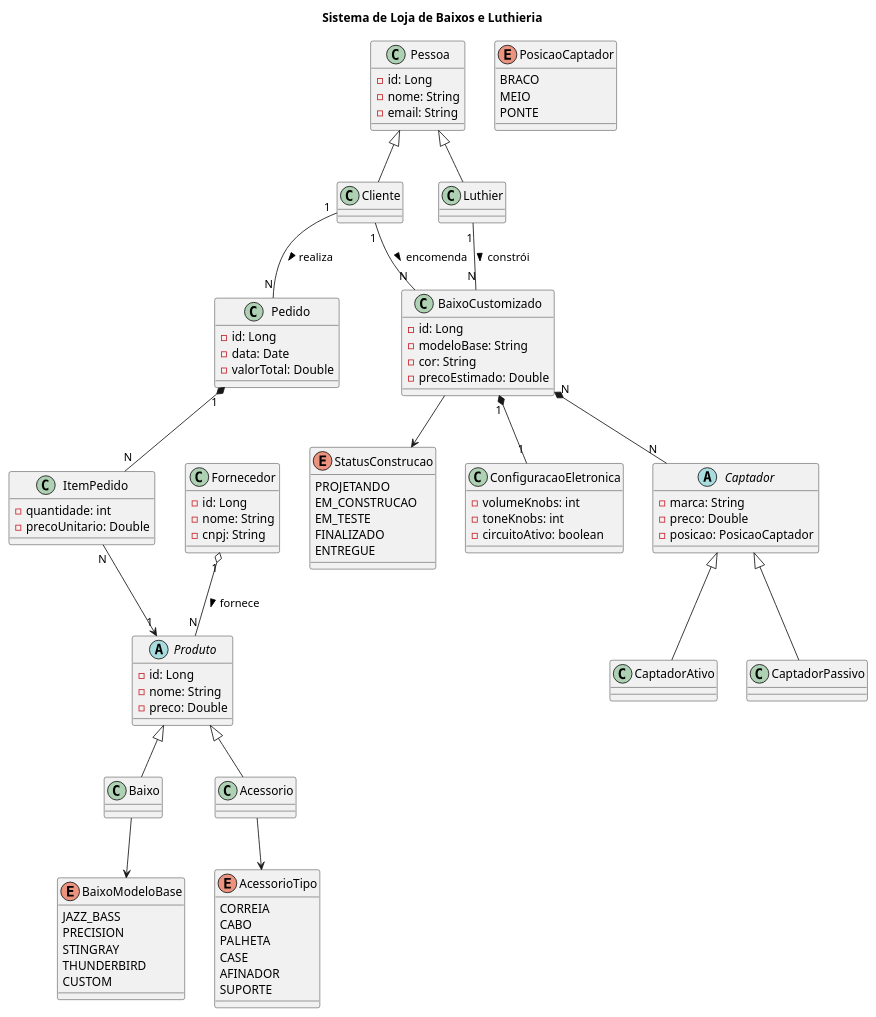
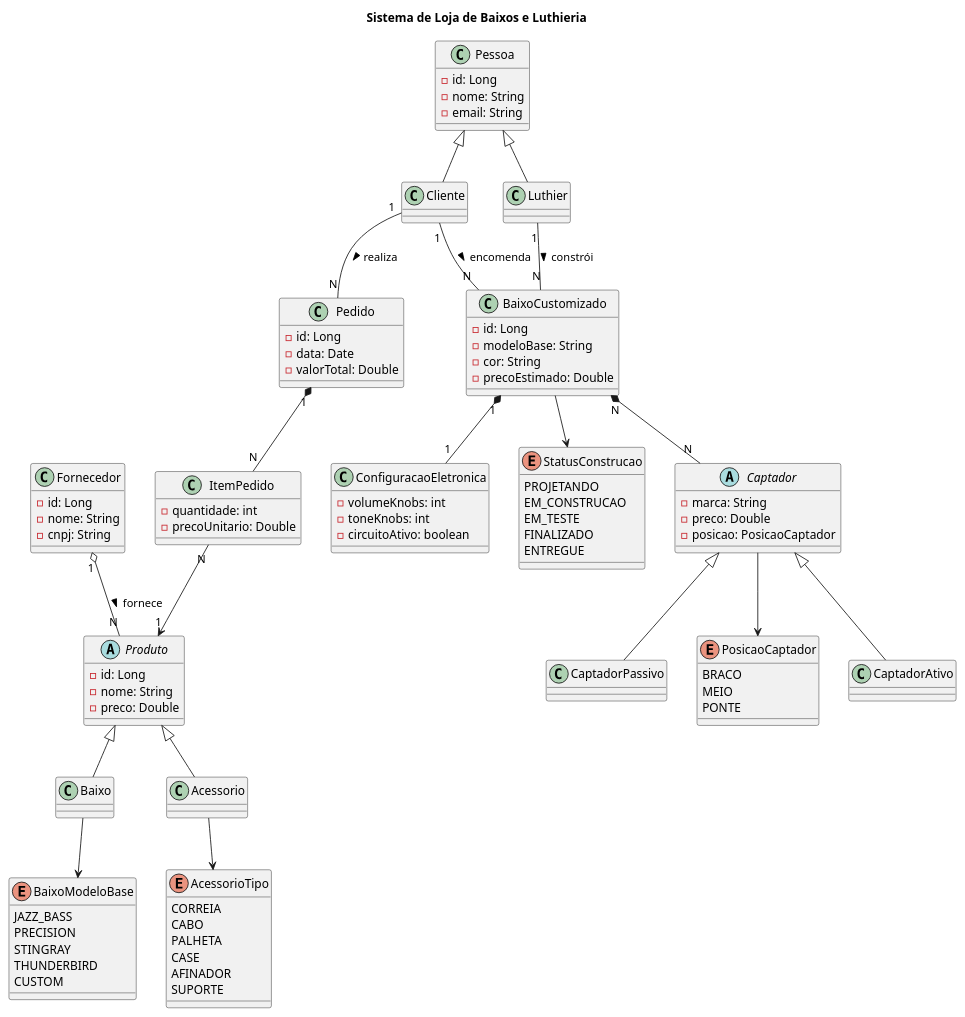
The diagram in src/main/resources/uml/diagrama baixo eletrico.puml (diegogalvao-dev/baixo-eletrico-customizado), drawn with PlantUML before and after one commit. The commit also changed 19 other files, not shown here.

```diff
--- a/src/main/resources/uml/diagrama baixo eletrico.puml
+++ b/src/main/resources/uml/diagrama baixo eletrico.puml
@@ -1,139 +1,140 @@
 @startuml
 title Sistema de Loja de Baixos e Luthieria
 
 '=========================
 ' HERANÇA
 '=========================
 class Pessoa {
   - id: Long
   - nome: String
   - email: String
 }
 
 class Cliente
 class Luthier
 
 Pessoa <|-- Cliente
 Pessoa <|-- Luthier
 
 '=========================
 ' LOJA
 '=========================
 abstract class Produto {
   - id: Long
   - nome: String
   - preco: Double
 }
 
 class Baixo
 
 enum BaixoModeloBase {
     JAZZ_BASS
     PRECISION
     STINGRAY
     THUNDERBIRD
     CUSTOM
 }
 
 Baixo --> BaixoModeloBase
 
 class Acessorio
 
 enum AcessorioTipo {
     CORREIA
     CABO
     PALHETA
     CASE
     AFINADOR
     SUPORTE
 }
 
 Acessorio --> AcessorioTipo
 
 Produto <|-- Baixo
 Produto <|-- Acessorio
 
 class Pedido {
   - id: Long
   - data: Date
   - valorTotal: Double
 }
 
 class ItemPedido {
   - quantidade: int
   - precoUnitario: Double
 }
 
 Cliente "1" -- "N" Pedido : realiza >
 Pedido "1" *-- "N" ItemPedido
 ItemPedido "N" --> "1" Produto
 
 '=========================
 ' FORNECEDOR (AGREGAÇÃO)
 '=========================
 class Fornecedor {
   - id: Long
   - nome: String
   - cnpj: String
 }
 
 Fornecedor "1" o-- "N" Produto : fornece >
 
 '=========================
 ' LUTHIERIA
 '=========================
 class BaixoCustomizado {
   - id: Long
   - modeloBase: String
   - cor: String
   - precoEstimado: Double
 }
 
 Cliente "1" -- "N" BaixoCustomizado : encomenda >
 Luthier "1" -- "N" BaixoCustomizado : constrói >
 
 enum StatusConstrucao {
   PROJETANDO
   EM_CONSTRUCAO
   EM_TESTE
   FINALIZADO
   ENTREGUE
 }
 
 BaixoCustomizado --> StatusConstrucao
 
 '=========================
 ' COMPOSIÇÃO
 '=========================
 class ConfiguracaoEletronica {
   - volumeKnobs: int
   - toneKnobs: int
   - circuitoAtivo: boolean
 }
 
 BaixoCustomizado "1" *-- "1" ConfiguracaoEletronica
 
 '=========================
 ' CAPTADORES
 '=========================
 enum PosicaoCaptador {
   BRACO
   MEIO
   PONTE
 }
 
 abstract class Captador {
   - marca: String
   - preco: Double
   - posicao: PosicaoCaptador
 }
 
 class CaptadorAtivo
 class CaptadorPassivo
 
 Captador <|-- CaptadorAtivo
 Captador <|-- CaptadorPassivo
+Captador --> PosicaoCaptador
 
 BaixoCustomizado "N" *-- "N" Captador
 
 @enduml
```
